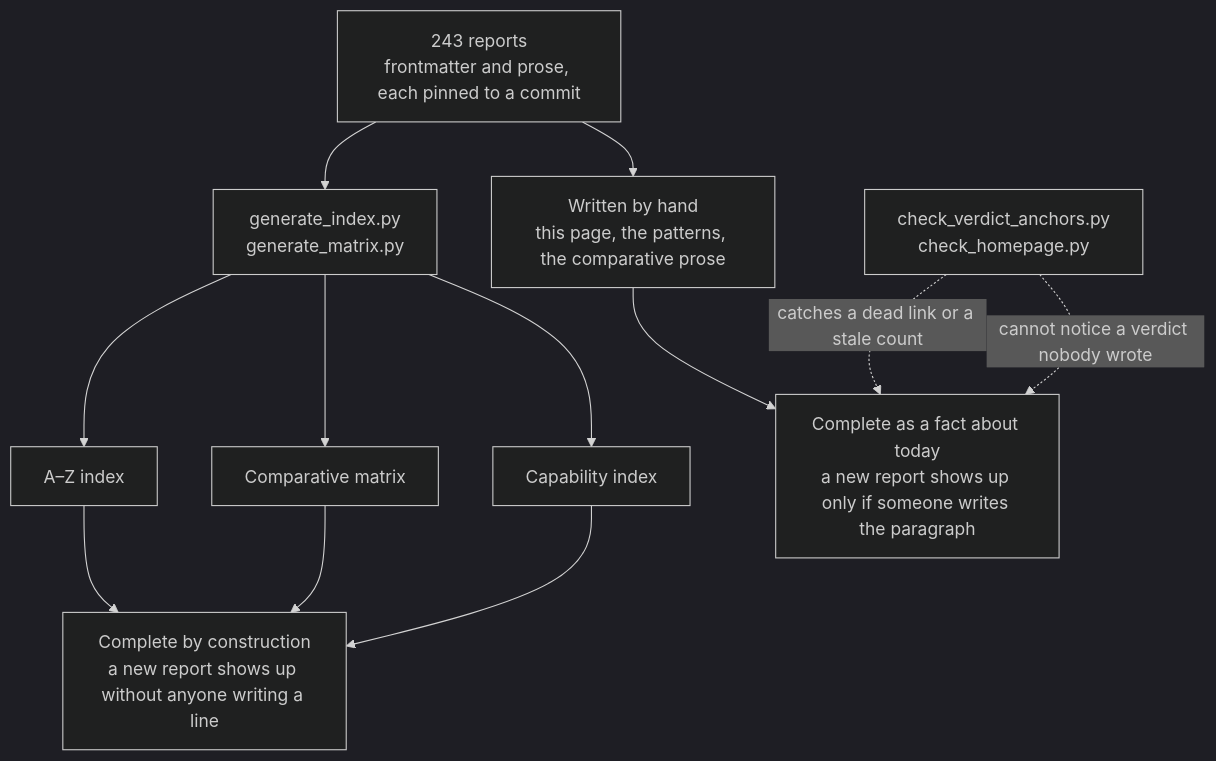
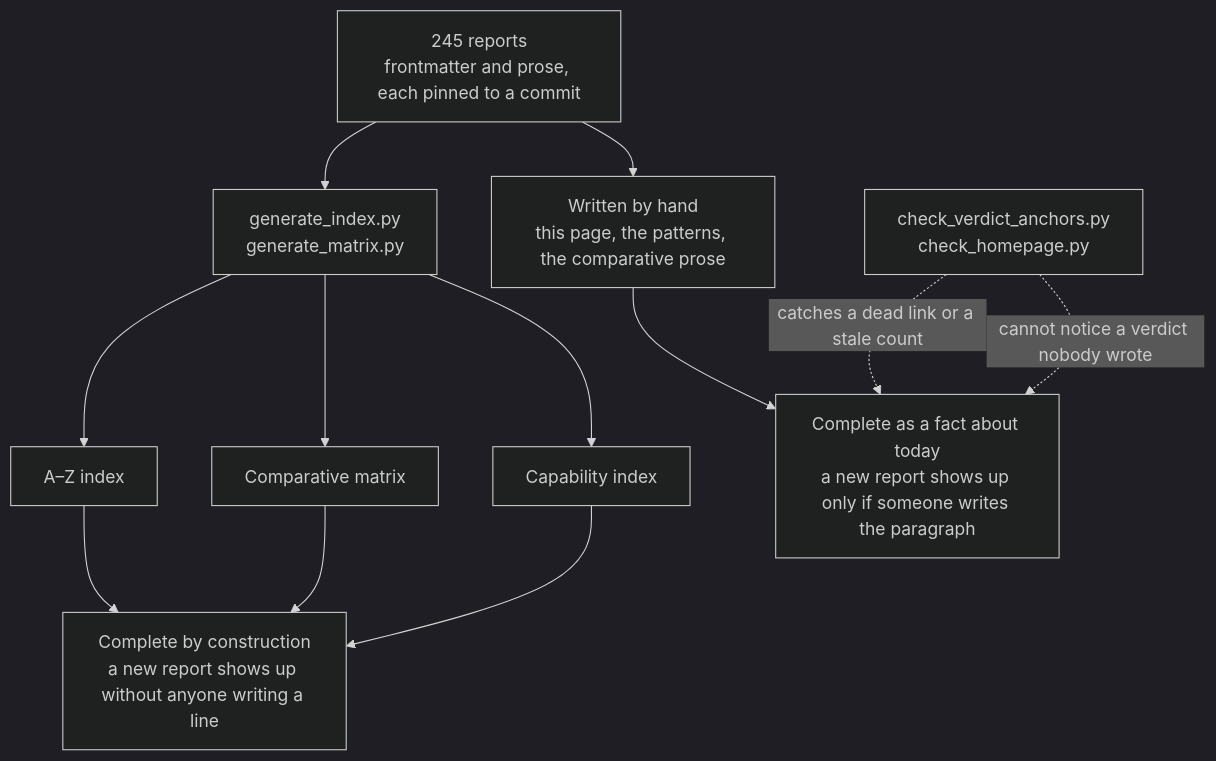
Before and after one commit to neoneye/agent-memory-atlas: the diagram in content/verdicts.md, drawn with Mermaid (dark theme). The commit also changed other lines of this file and 23 other files, not shown here.

````diff
--- a/content/verdicts.md
+++ b/content/verdicts.md
@@ -40,15 +40,15 @@
 ```mermaid
 flowchart TD
-    R["243 reports<br/>frontmatter and prose, each pinned to a commit"]
+    R["245 reports<br/>frontmatter and prose, each pinned to a commit"]
     R --> GEN["generate_index.py<br/>generate_matrix.py"]
     R --> HAND["Written by hand<br/>this page, the patterns, the comparative prose"]
     GEN --> AZ["A–Z index"]
     GEN --> MX["Comparative matrix"]
     GEN --> CI["Capability index"]
     AZ --> CONST["Complete by construction<br/>a new report shows up without anyone writing a line"]
     MX --> CONST
     CI --> CONST
     HAND --> TODAY["Complete as a fact about today<br/>a new report shows up only if someone writes the paragraph"]
     CHK["check_verdict_anchors.py<br/>check_homepage.py"] -.->|"catches a dead link or a stale count"| TODAY
     CHK -.->|"cannot notice a verdict nobody wrote"| TODAY
 ```
````
